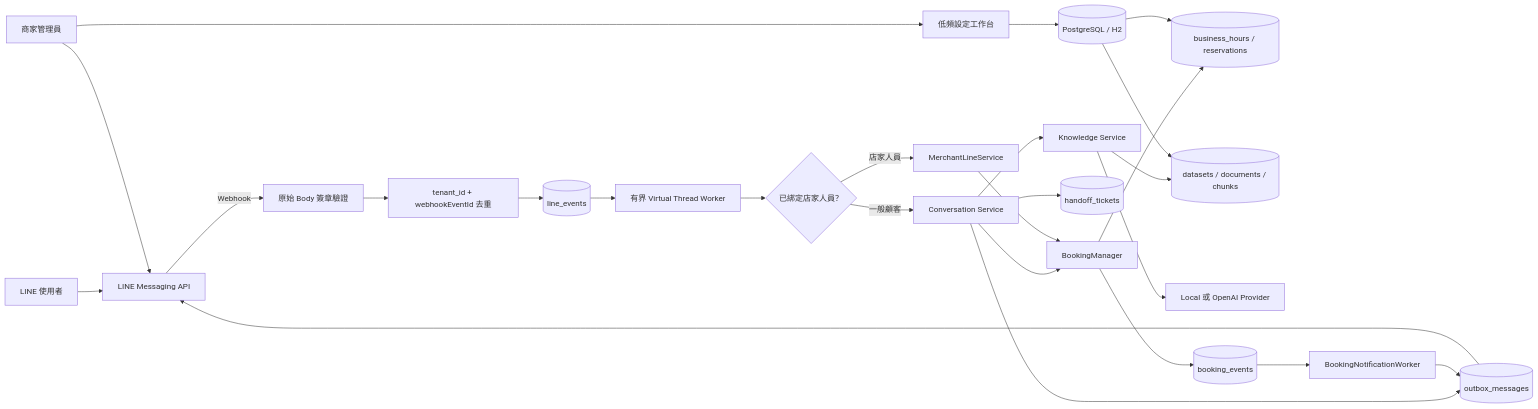
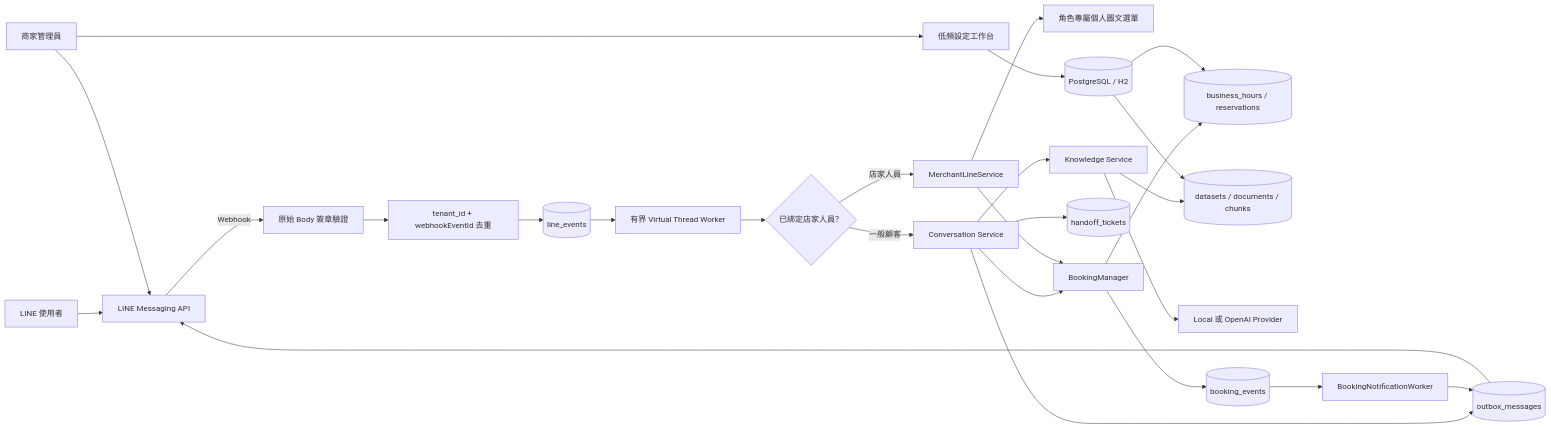
The diagram in docs/architecture.md (Luzhe1002/Line-AI-Bot), drawn with Mermaid before and after one commit. The commit also changed other lines of this file and 23 other files, not shown here.

Commit message:
Add staff rich menus and LINE portal login

````diff
--- a/docs/architecture.md
+++ b/docs/architecture.md
@@ -20,34 +20,35 @@
 ```mermaid
 flowchart LR
     USER["LINE 使用者"] --> LINE["LINE Messaging API"]
     ADMIN["商家管理員"] --> PORTAL["低頻設定工作台"]
     ADMIN --> LINE
 
     LINE -->|Webhook| VERIFY["原始 Body 簽章驗證"]
     VERIFY --> DEDUPE["tenant_id + webhookEventId 去重"]
     DEDUPE --> EVENTS[("line_events")]
     EVENTS --> WORKER["有界 Virtual Thread Worker"]
 
     WORKER --> STAFF_ROUTE{"已綁定店家人員？"}
     STAFF_ROUTE -->|"一般顧客"| ORCH["Conversation Service"]
     STAFF_ROUTE -->|"店家人員"| STAFF_COMMAND["MerchantLineService"]
+    STAFF_COMMAND --> RICH_MENU["角色專屬個人圖文選單"]
     ORCH --> BOOKING["BookingManager"]
     ORCH --> KNOWLEDGE["Knowledge Service"]
     ORCH --> HANDOFF[("handoff_tickets")]
 
     BOOKING --> RESERVATIONS[("business_hours / reservations")]
     KNOWLEDGE --> CHUNKS[("datasets / documents / chunks")]
     KNOWLEDGE --> PROVIDER["Local 或 OpenAI Provider"]
 
     ORCH --> OUTBOX[("outbox_messages")]
     OUTBOX --> LINE
 
     STAFF_COMMAND --> BOOKING
     BOOKING --> BOOKING_EVENTS[("booking_events")]
     BOOKING_EVENTS --> NOTIFY["BookingNotificationWorker"]
     NOTIFY --> OUTBOX
 
     PORTAL --> TENANT[("PostgreSQL / H2")]
     TENANT --> RESERVATIONS
     TENANT --> CHUNKS
 ```
````
